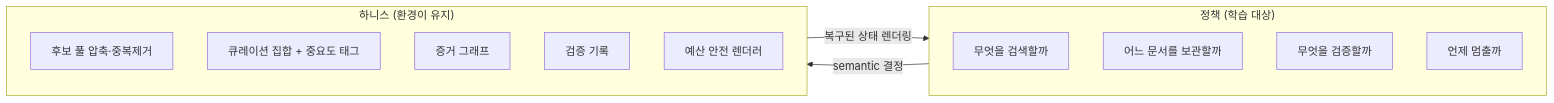
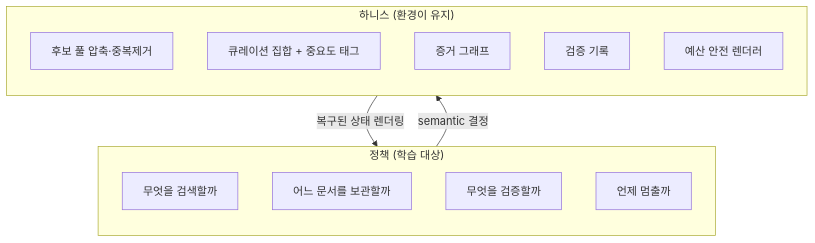
The first of 2 diagrams in _posts/2026-06-04-harness-1-stateful-cognitive-offloading-search-state.md (pheeree/pheeree.github.io), drawn with Mermaid before and after one commit. The commit also changed 10 other files, not shown here.

First line of the commit message:
fix: mermaid subgraph 규약 전면 소급 적용 (10편)

````diff
--- a/_posts/2026-06-04-harness-1-stateful-cognitive-offloading-search-state.md
+++ b/_posts/2026-06-04-harness-1-stateful-cognitive-offloading-search-state.md
@@ -31,20 +31,20 @@
 ```mermaid
-flowchart LR
+flowchart TB
   subgraph POLICY["정책 (학습 대상)"]
     direction TB
     S1["무엇을 검색할까"]
     S2["어느 문서를 보관할까"]
     S3["무엇을 검증할까"]
     S4["언제 멈출까"]
   end
   subgraph HARNESS["하니스 (환경이 유지)"]
     direction TB
     H1["후보 풀 압축·중복제거"]
     H2["큐레이션 집합 + 중요도 태그"]
     H3["증거 그래프"]
     H4["검증 기록"]
     H5["예산 안전 렌더러"]
   end
   POLICY -- "semantic 결정" --> HARNESS
   HARNESS -- "복구된 상태 렌더링" --> POLICY
 ```
````
